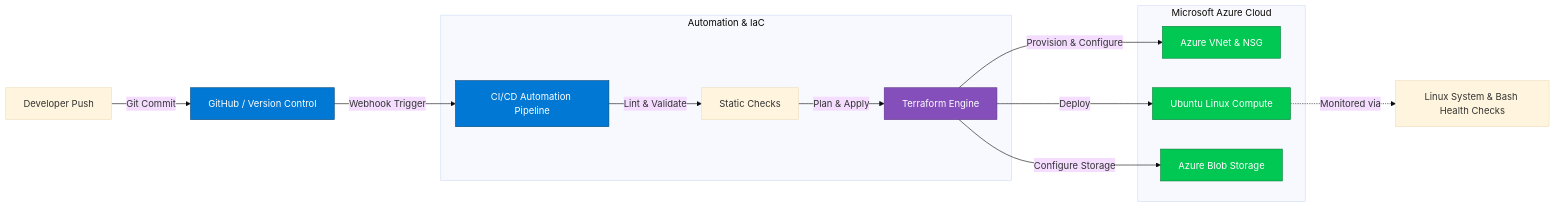
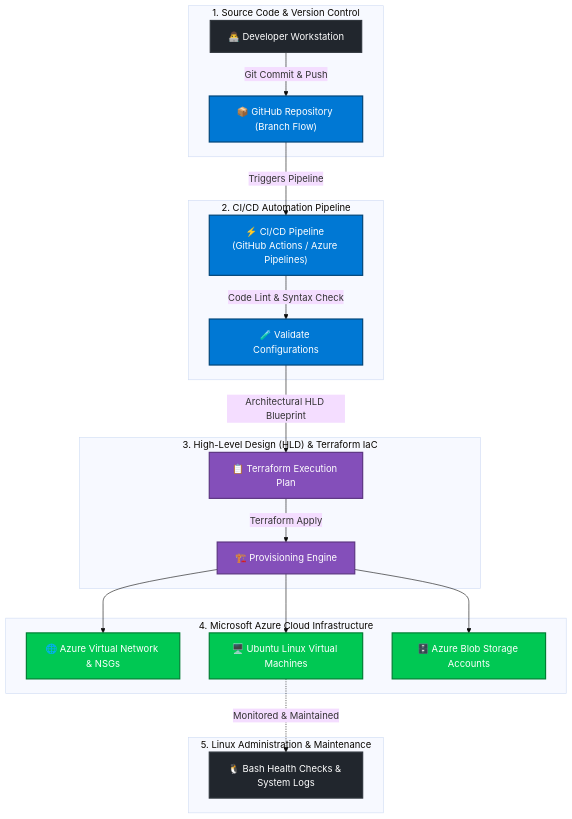
Before and after one commit to rohanchaudhary12/rohanchaudhary12: the diagram in README.md, drawn with Mermaid (base theme). The commit also changed other lines of this file, not shown here.

Commit message:
fix: lowercase email, add HLD skills, 10th/12th education, and optimize diagram layout

````diff
--- a/README.md
+++ b/README.md
@@ -139,22 +142,36 @@
 ```mermaid
-flowchart LR
-    Dev[Developer Push] -->|Git Commit| GH[GitHub / Version Control]
-    GH -->|Webhook Trigger| Pipeline[CI/CD Automation Pipeline]
-    subgraph Automation_Engine [Automation & IaC]
-        Pipeline -->|Lint & Validate| Test[Static Checks]
-        Test -->|Plan & Apply| TF[Terraform Engine]
+flowchart TD
+    subgraph SCM["1. Source Code & Version Control"]
+        Dev["👨‍💻 Developer Workstation"] -->|Git Commit & Push| GH["📦 GitHub Repository (Branch Flow)"]
     end
-    subgraph Cloud_Infrastructure [Microsoft Azure Cloud]
-        TF -->|Provision & Configure| VNet[Azure VNet & NSG]
-        TF -->|Deploy| VM[Ubuntu Linux Compute]
-        TF -->|Configure Storage| Storage[Azure Blob Storage]
+
+    subgraph Automation["2. CI/CD Automation Pipeline"]
+        GH -->|Triggers Pipeline| Pipe["⚡ CI/CD Pipeline (GitHub Actions / Azure Pipelines)"]
+        Pipe -->|Code Lint & Syntax Check| Validate["🧪 Validate Configurations"]
     end
-    VM -.->|Monitored via| Logs[Linux System & Bash Health Checks]
 
-    classDef blue fill:#0078D4,stroke:#004578,color:#fff;
-    classDef purple fill:#844FBA,stroke:#5c3582,color:#fff;
-    classDef green fill:#00C853,stroke:#007e33,color:#fff;
-    class Pipeline,GH blue;
-    class TF purple;
+    subgraph IaC_Engine["3. High-Level Design (HLD) & Terraform IaC"]
+        Validate -->|Architectural HLD Blueprint| Plan["📋 Terraform Execution Plan"]
+        Plan -->|Terraform Apply| TF["🏗️ Provisioning Engine"]
+    end
+
+    subgraph Azure_Cloud["4. Microsoft Azure Cloud Infrastructure"]
+        TF --> VNet["🌐 Azure Virtual Network & NSGs"]
+        TF --> VM["🖥️ Ubuntu Linux Virtual Machines"]
+        TF --> Storage["🗄️ Azure Blob Storage Accounts"]
+    end
+
+    subgraph Operations["5. Linux Administration & Maintenance"]
+        VM -.->|Monitored & Maintained| Logs["🐧 Bash Health Checks & System Logs"]
+    end
+
+    classDef blue fill:#0078D4,stroke:#004578,color:#fff,stroke-width:2px;
+    classDef purple fill:#844FBA,stroke:#5c3582,color:#fff,stroke-width:2px;
+    classDef green fill:#00C853,stroke:#007e33,color:#fff,stroke-width:2px;
+    classDef dark fill:#21262d,stroke:#30363d,color:#fff,stroke-width:2px;
+
+    class GH,Pipe,Validate blue;
+    class Plan,TF purple;
     class VNet,VM,Storage green;
+    class Dev,Logs dark;
 ```
````
